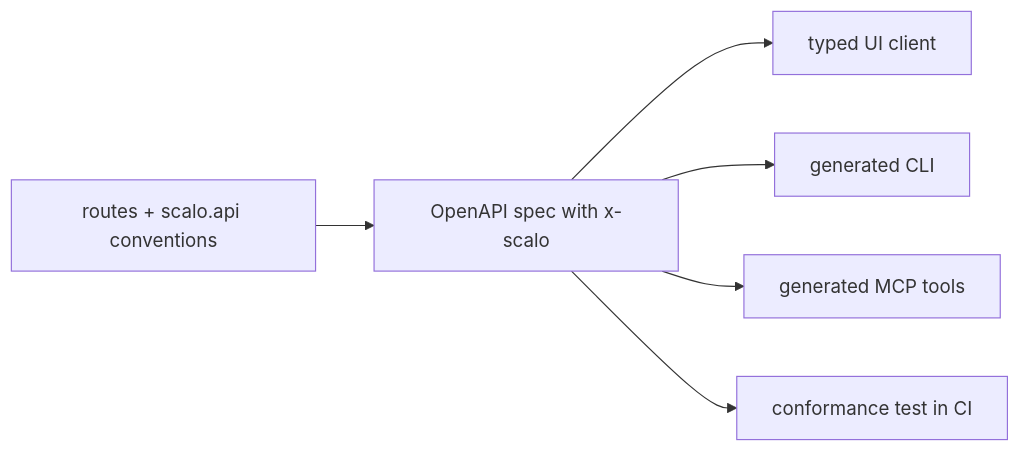
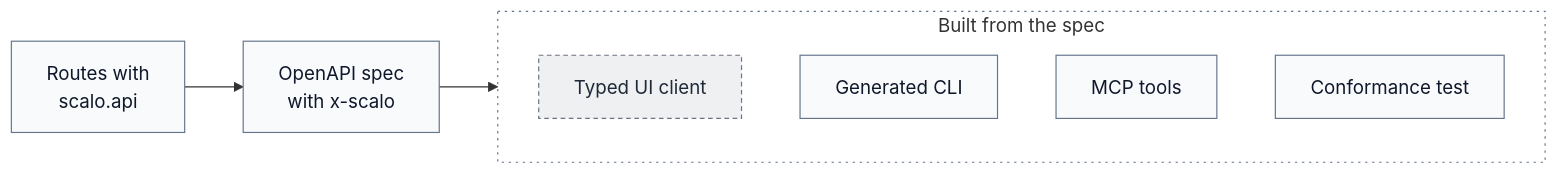
One commit to hyperi-io/scalo-py changed the diagram in docs/api/api-conventions.md. Above: the diagram before and after it, drawn with Mermaid. The commit also changed other lines of this file and 38 other files, not shown here.

First line of the commit message:
docs(scalo-py): fix 14 claims and redraw the diagrams

````diff
--- a/docs/api/api-conventions.md
+++ b/docs/api/api-conventions.md
@@ -11,8 +13,24 @@
 ```mermaid
 flowchart LR
-    R["routes + scalo.api conventions"] --> S["OpenAPI spec with x-scalo"]
-    S --> UI["typed UI client"]
-    S --> CLI["generated CLI"]
-    S --> MCP["generated MCP tools"]
-    S --> T["conformance test in CI"]
+    accTitle: L4 Detail -- What reads the spec
+    accDescr: Routes written with scalo.api produce an OpenAPI spec with the x-scalo extension. A typed UI client, the CLI scalo.cli.openapi generates, the MCP tools scalo.mcp generates and the conformance test in CI are all built from that spec.
+
+    routes["Routes with<br/>scalo.api"]
+    spec["OpenAPI spec<br/>with x-scalo"]
+
+    subgraph readers["Built from the spec"]
+        ui["Typed UI client"]
+        cli["Generated CLI"]
+        mcp["MCP tools"]
+        test["Conformance test"]
+    end
+
+    routes --> spec
+    spec --> readers
+
+    classDef default fill:#F8FAFC,stroke:#64748B,stroke-width:1px,color:#0F172A
+    classDef ext fill:#EEF0F2,stroke:#6B7280,stroke-width:1px,stroke-dasharray:4 3,color:#1F2937
+    classDef group fill:none,stroke:#64748B,stroke-width:1px,stroke-dasharray:2 4
+    class ui ext
+    class readers group
 ```
````
